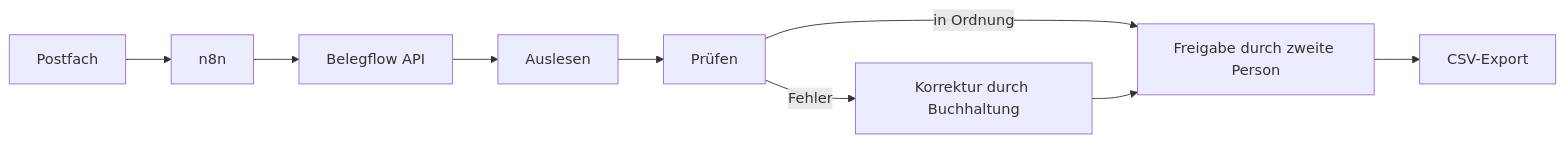
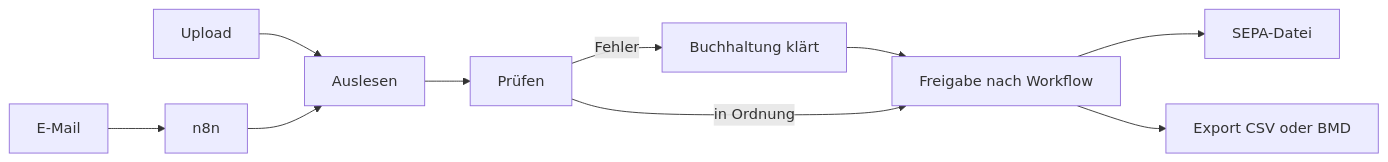
Before and after one commit to officiallyyamen/belegflow: the diagram in README.md, drawn with Mermaid. The commit also changed other lines of this file and 116 other files, not shown here.

````diff
--- a/README.md
+++ b/README.md
@@ -11,11 +11,12 @@
 ```mermaid
 flowchart LR
-    A[Postfach] --> B[n8n]
-    B --> C[Belegflow API]
-    C --> D[Auslesen]
-    D --> E[Prüfen]
-    E -->|Fehler| F[Korrektur durch Buchhaltung]
-    E -->|in Ordnung| G[Freigabe durch zweite Person]
-    F --> G
-    G --> H[CSV-Export]
+    A[E-Mail] --> B[n8n]
+    U[Upload] --> C
+    B --> C[Auslesen]
+    C --> D[Prüfen]
+    D -->|Fehler| E[Buchhaltung klärt]
+    E --> F
+    D -->|in Ordnung| F[Freigabe nach Workflow]
+    F --> G[SEPA-Datei]
+    F --> H[Export CSV oder BMD]
 ```
````
